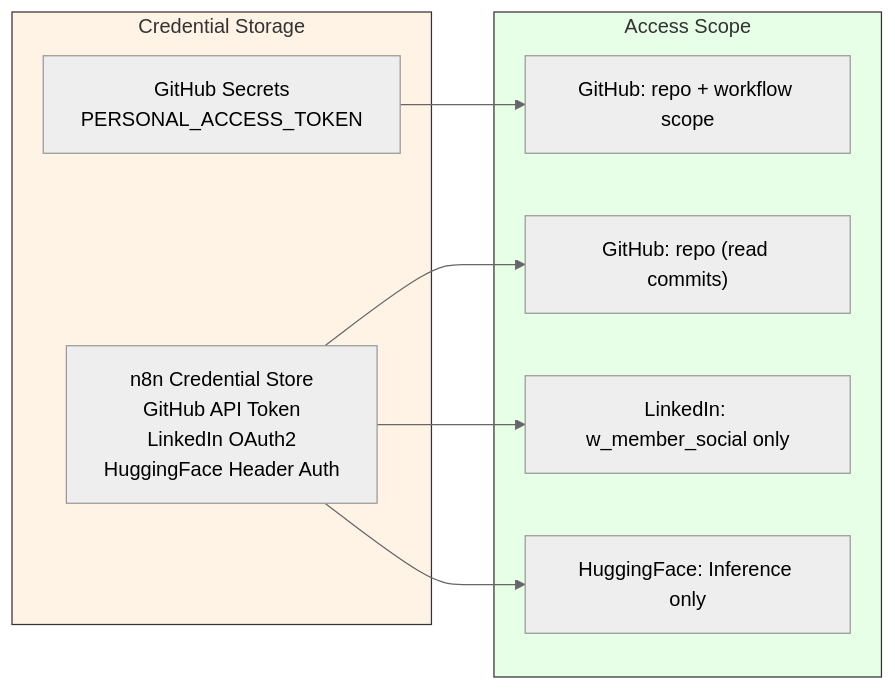
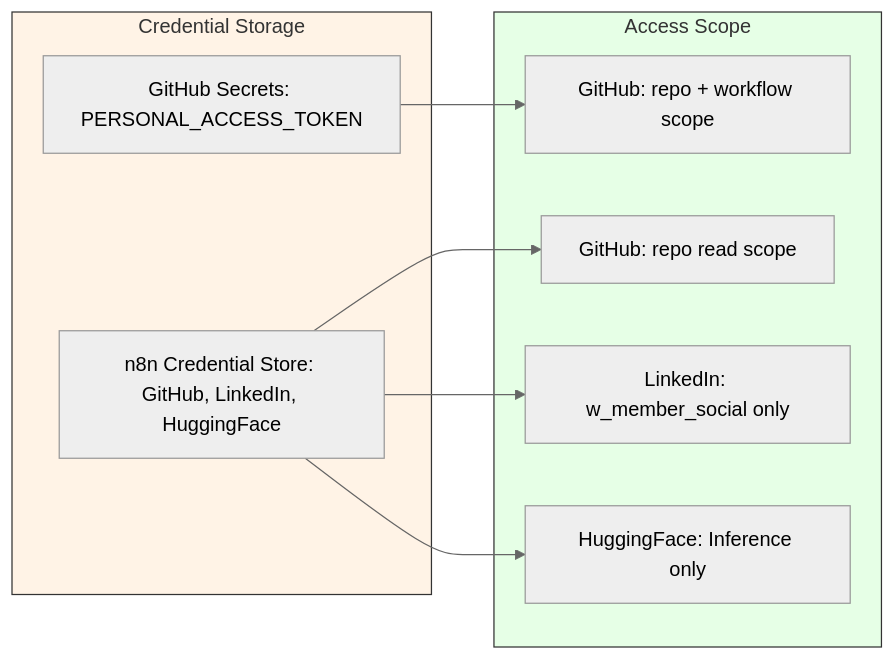
One commit to thatsmeadarsh/n8n-powered-auto-web-publish changed the sixth of 6 diagrams in docs/architecture.md. Above: the diagram before and after it, drawn with Mermaid (neutral theme). The commit also changed other lines of this file, not shown here.

First line of the commit message:
Fix all diagram rendering issues in architecture.md

````diff
--- a/docs/architecture.md
+++ b/docs/architecture.md
@@ -374,17 +335,17 @@
 ```mermaid
 graph LR
     subgraph Secrets["Credential Storage"]
-        GS["GitHub Secrets<br/>PERSONAL_ACCESS_TOKEN"]
-        NC["n8n Credential Store<br/>GitHub API Token<br/>LinkedIn OAuth2<br/>HuggingFace Header Auth"]
+        GS["GitHub Secrets: PERSONAL_ACCESS_TOKEN"]
+        NC["n8n Credential Store: GitHub, LinkedIn, HuggingFace"]
     end
 
     subgraph Access["Access Scope"]
         GS --> GHA["GitHub: repo + workflow scope"]
-        NC --> GTA["GitHub: repo (read commits)"]
+        NC --> GTA["GitHub: repo read scope"]
         NC --> LIA["LinkedIn: w_member_social only"]
         NC --> HFA["HuggingFace: Inference only"]
     end
 
     style Secrets fill:#fff3e6,stroke:#333
     style Access fill:#e6ffe6,stroke:#333
 ```
````
